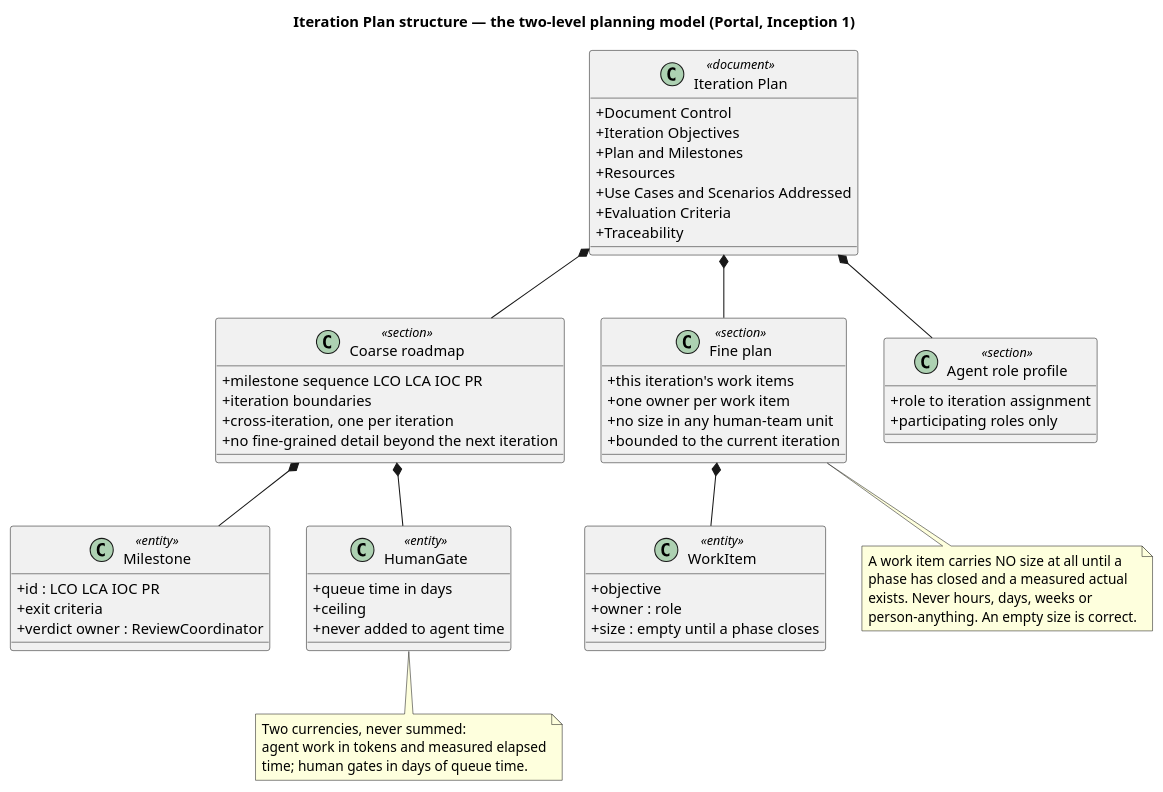
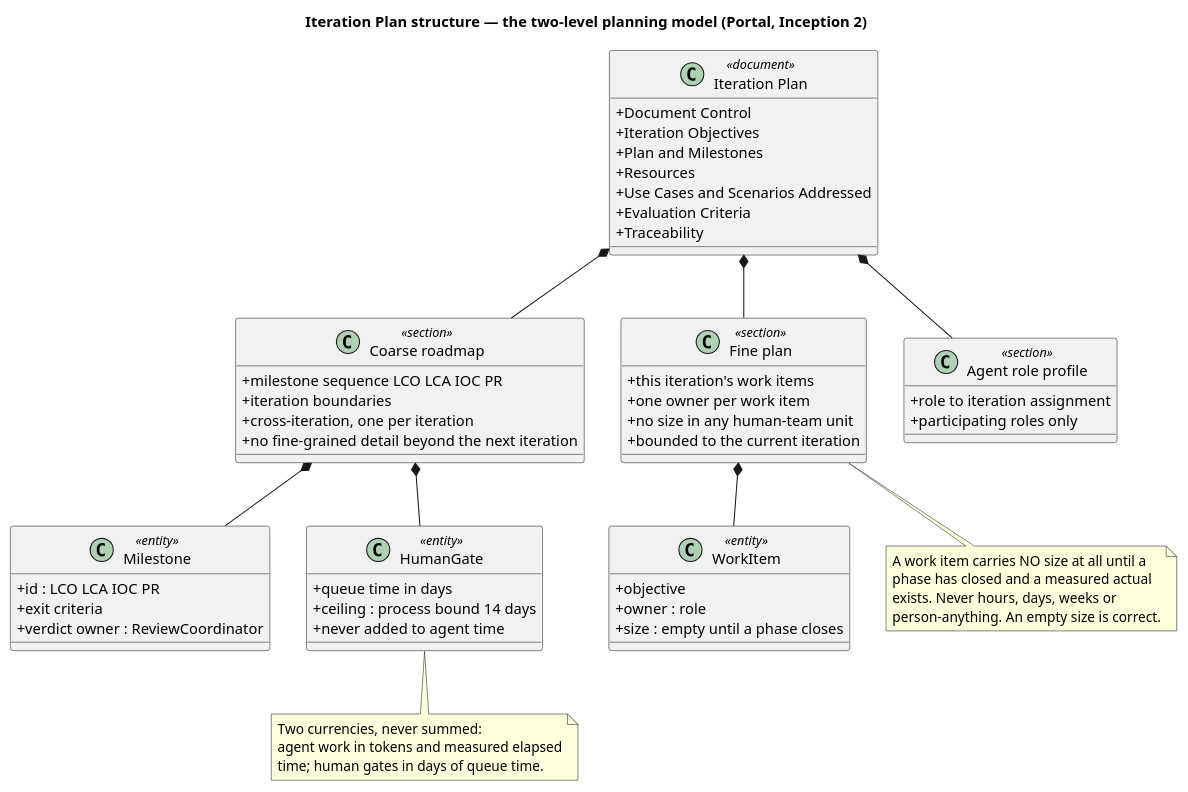
One commit to banense-test/portal changed the first of 3 diagrams in docs/artifacts/project-management/iteration-plan.md. Above: the diagram before and after it, drawn with PlantUML. The commit also changed other lines of this file, not shown here.

First line of the commit message:
Project Manager [I2]: upsert Iteration Plan

````diff
--- a/docs/artifacts/project-management/iteration-plan.md
+++ b/docs/artifacts/project-management/iteration-plan.md
@@ -14,74 +14,74 @@
 ```plantuml
 @startuml
-title Iteration Plan structure — the two-level planning model (Portal, Inception 1)
+title Iteration Plan structure — the two-level planning model (Portal, Inception 2)
 
 skinparam classAttributeIconSize 0
 
 class "Iteration Plan" as IP <<document>> {
   + Document Control
   + Iteration Objectives
   + Plan and Milestones
   + Resources
   + Use Cases and Scenarios Addressed
   + Evaluation Criteria
   + Traceability
 }
 
 class "Coarse roadmap" as COARSE <<section>> {
   + milestone sequence LCO LCA IOC PR
   + iteration boundaries
   + cross-iteration, one per iteration
   + no fine-grained detail beyond the next iteration
 }
 
 class "Fine plan" as FINE <<section>> {
   + this iteration's work items
   + one owner per work item
   + no size in any human-team unit
   + bounded to the current iteration
 }
 
 class "Agent role profile" as ROLES <<section>> {
   + role to iteration assignment
   + participating roles only
 }
 
 class "Milestone" as MS <<entity>> {
   + id : LCO LCA IOC PR
   + exit criteria
   + verdict owner : ReviewCoordinator
 }
 
 class "WorkItem" as WI <<entity>> {
   + objective
   + owner : role
   + size : empty until a phase closes
 }
 
 class "HumanGate" as GATE <<entity>> {
   + queue time in days
-  + ceiling
+  + ceiling : process bound 14 days
   + never added to agent time
 }
 
 IP *-- COARSE
 IP *-- FINE
 IP *-- ROLES
 COARSE *-- MS
 FINE *-- WI
 COARSE *-- GATE
 
 note bottom of FINE
   A work item carries NO size at all until a
   phase has closed and a measured actual
   exists. Never hours, days, weeks or
   person-anything. An empty size is correct.
 end note
 
 note bottom of GATE
   Two currencies, never summed:
   agent work in tokens and measured elapsed
   time; human gates in days of queue time.
 end note
 @enduml
 ```
````
